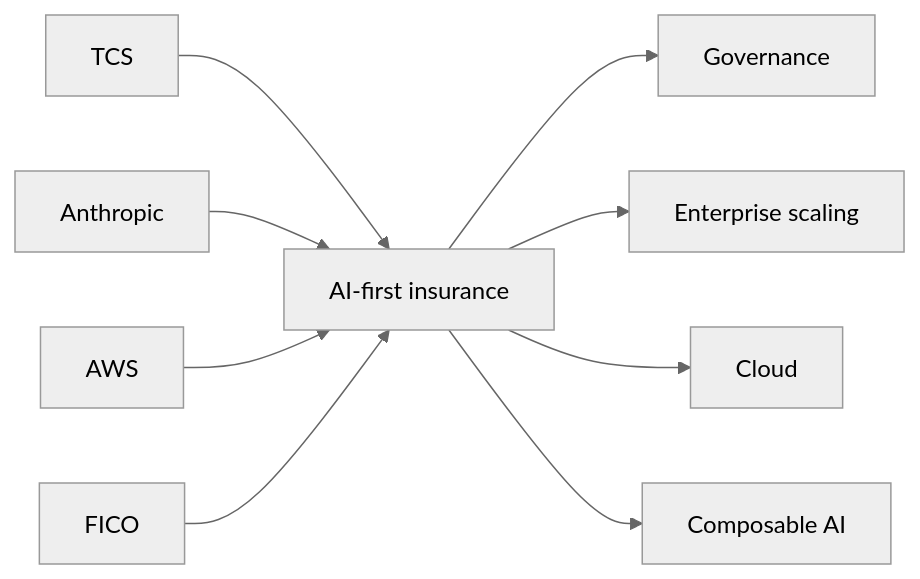
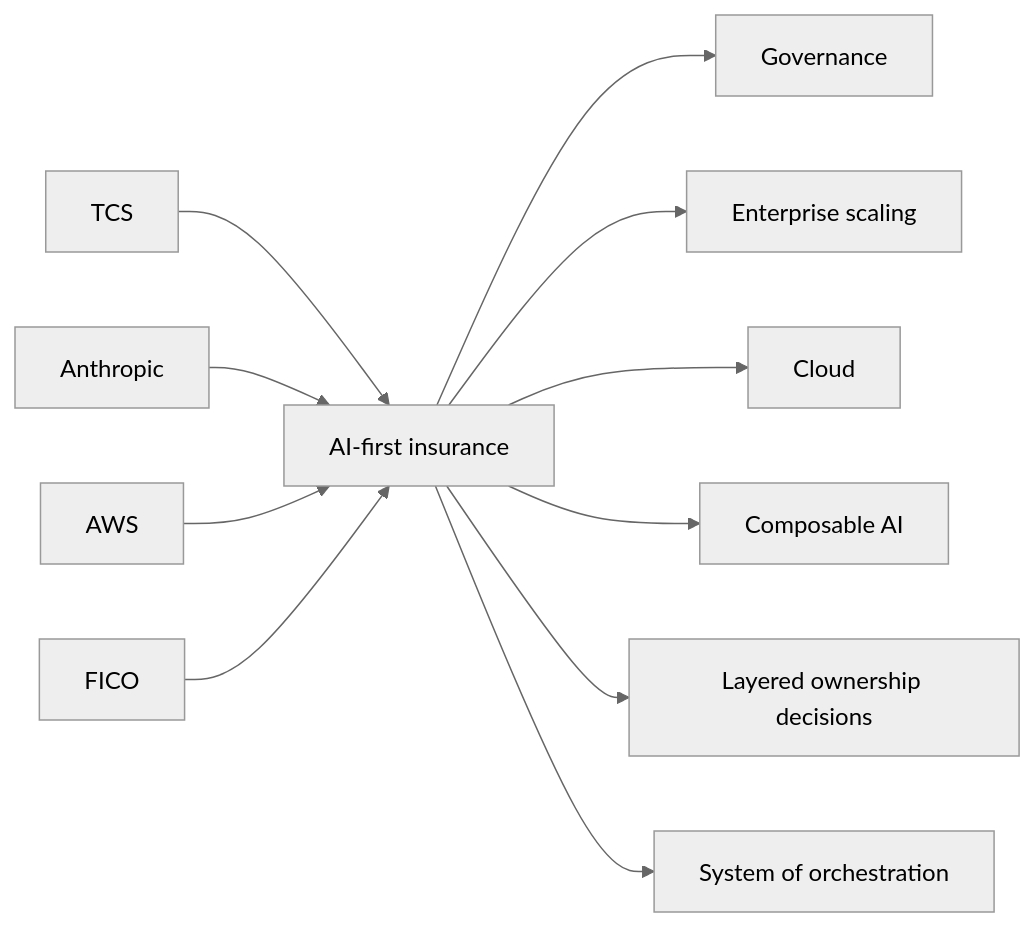
One commit to Akilankm/second-brain changed the fifth of 5 diagrams in events/public-event-watch.md. Above: the diagram before and after it, drawn with Mermaid (neutral theme). The commit also changed other lines of this file, not shown here.

Commit message:
Enrich ITC Vegas 2026 AI-first insurer architecture signal

````diff
--- a/events/public-event-watch.md
+++ b/events/public-event-watch.md
@@ -185,11 +216,13 @@
 ```mermaid
 flowchart LR
   T[TCS] --> I[AI-first insurance]
   A[Anthropic] --> I
   W[AWS] --> I
   F[FICO] --> I
   I --> GOV[Governance]
   I --> SCALE[Enterprise scaling]
   I --> CLOUD[Cloud]
   I --> COMP[Composable AI]
+  I --> OWN[Layered ownership decisions]
+  I --> ORCH[System of orchestration]
 ```
````
